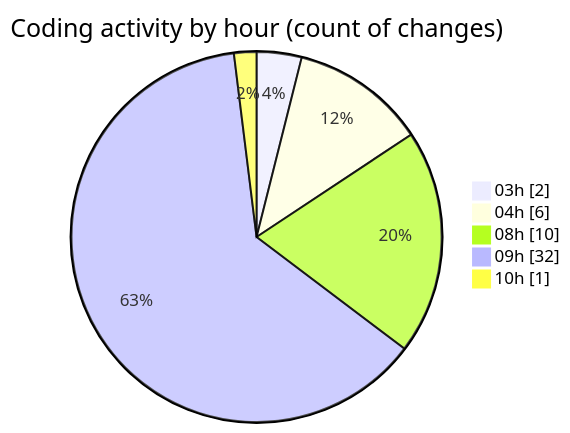
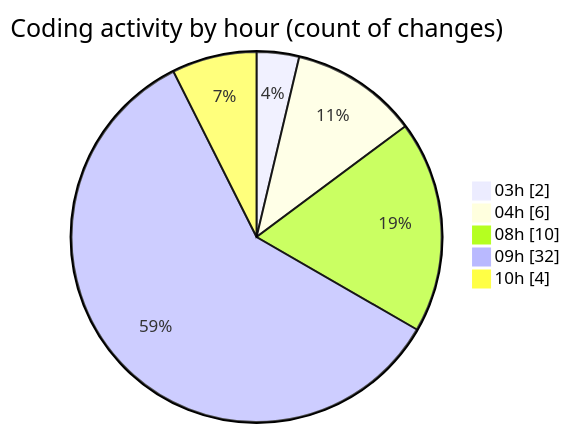
One commit to tmsrecording-cyber/code-tracking changed the second of 2 diagrams in 2026-02-07/singularitybrainai/README.md. Above: the diagram before and after it, drawn with Mermaid. The commit also changed other lines of this file and 1 other file, not shown here.

````diff
--- a/2026-02-07/singularitybrainai/README.md
+++ b/2026-02-07/singularitybrainai/README.md
@@ -48,9 +48,9 @@
 ```mermaid
 pie showData
 title Coding activity by hour (count of changes)
 "03h" : 2
 "04h" : 6
 "08h" : 10
 "09h" : 32
-"10h" : 1
+"10h" : 4
 ```
````
